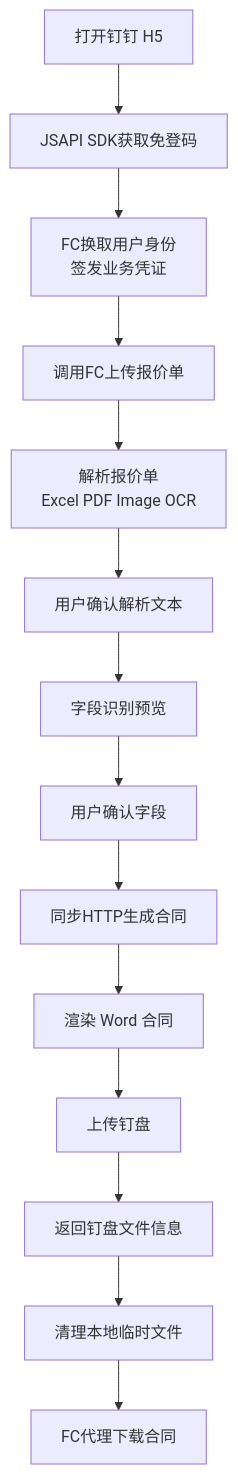
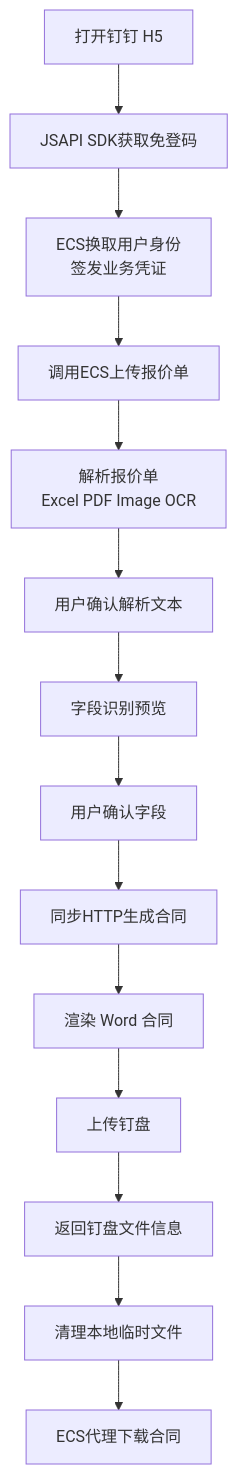
One commit to yuqingyang3019-cyber/hetong changed the second of 4 diagrams in SPEC/ARCHITECTURE.md. Above: the diagram before and after it, drawn with Mermaid. The commit also changed other lines of this file and 2 other files, not shown here.

Commit message:
docs: align architecture with ecs deployment

````diff
--- a/SPEC/ARCHITECTURE.md
+++ b/SPEC/ARCHITECTURE.md
@@ -162,16 +162,16 @@
 ```mermaid
 flowchart TD
   openApp["打开钉钉 H5"] --> auth["JSAPI SDK获取免登码"]
-  auth --> fcAuth["FC换取用户身份\n签发业务凭证"]
-  fcAuth --> upload["调用FC上传报价单"]
+  auth --> ecsAuth["ECS换取用户身份\n签发业务凭证"]
+  ecsAuth --> upload["调用ECS上传报价单"]
   upload --> parse["解析报价单\nExcel PDF Image OCR"]
   parse --> reviewText["用户确认解析文本"]
   reviewText --> previewFields["字段识别预览"]
   previewFields --> reviewFields["用户确认字段"]
   reviewFields --> generate["同步HTTP生成合同"]
   generate --> render["渲染 Word 合同"]
   render --> uploadDrive["上传钉盘"]
   uploadDrive --> returnFile["返回钉盘文件信息"]
   returnFile --> cleanup["清理本地临时文件"]
-  cleanup --> download["FC代理下载合同"]
+  cleanup --> download["ECS代理下载合同"]
 ```
````
